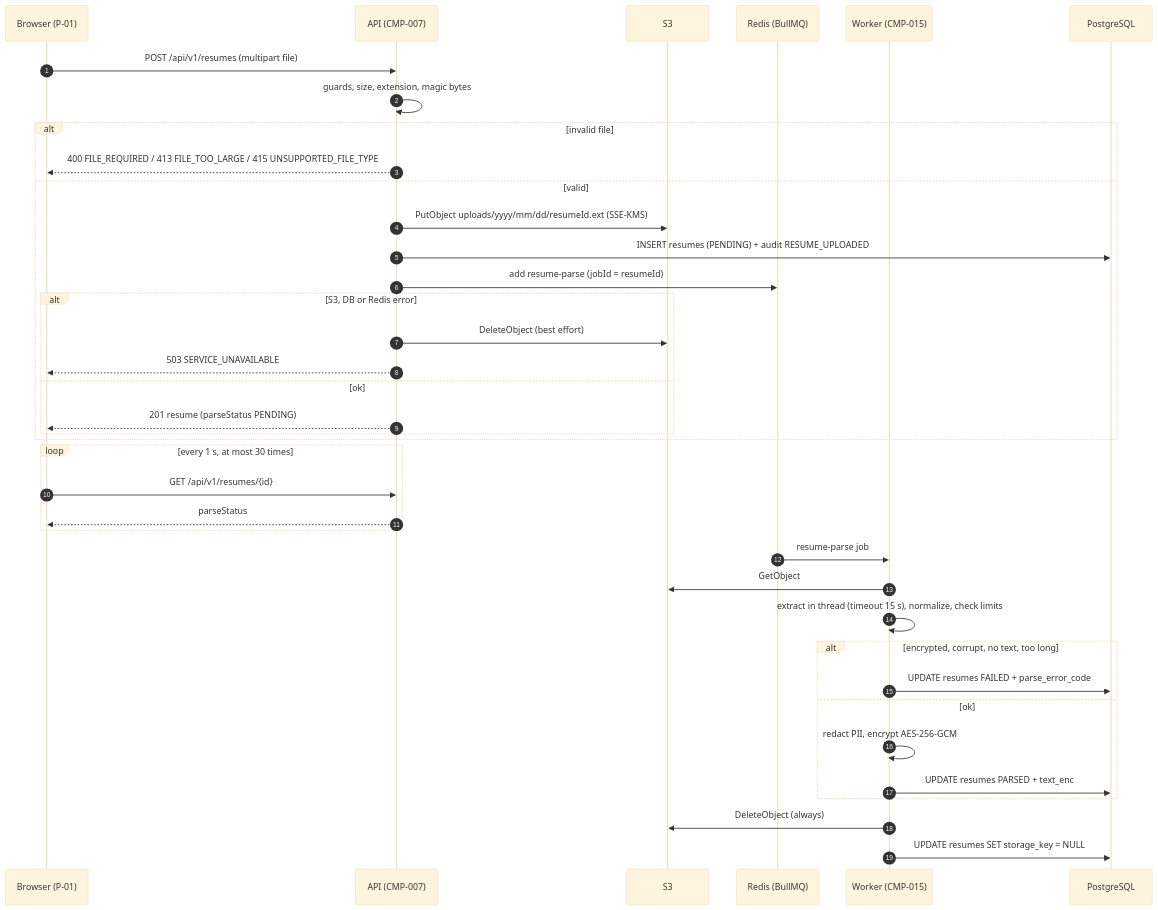
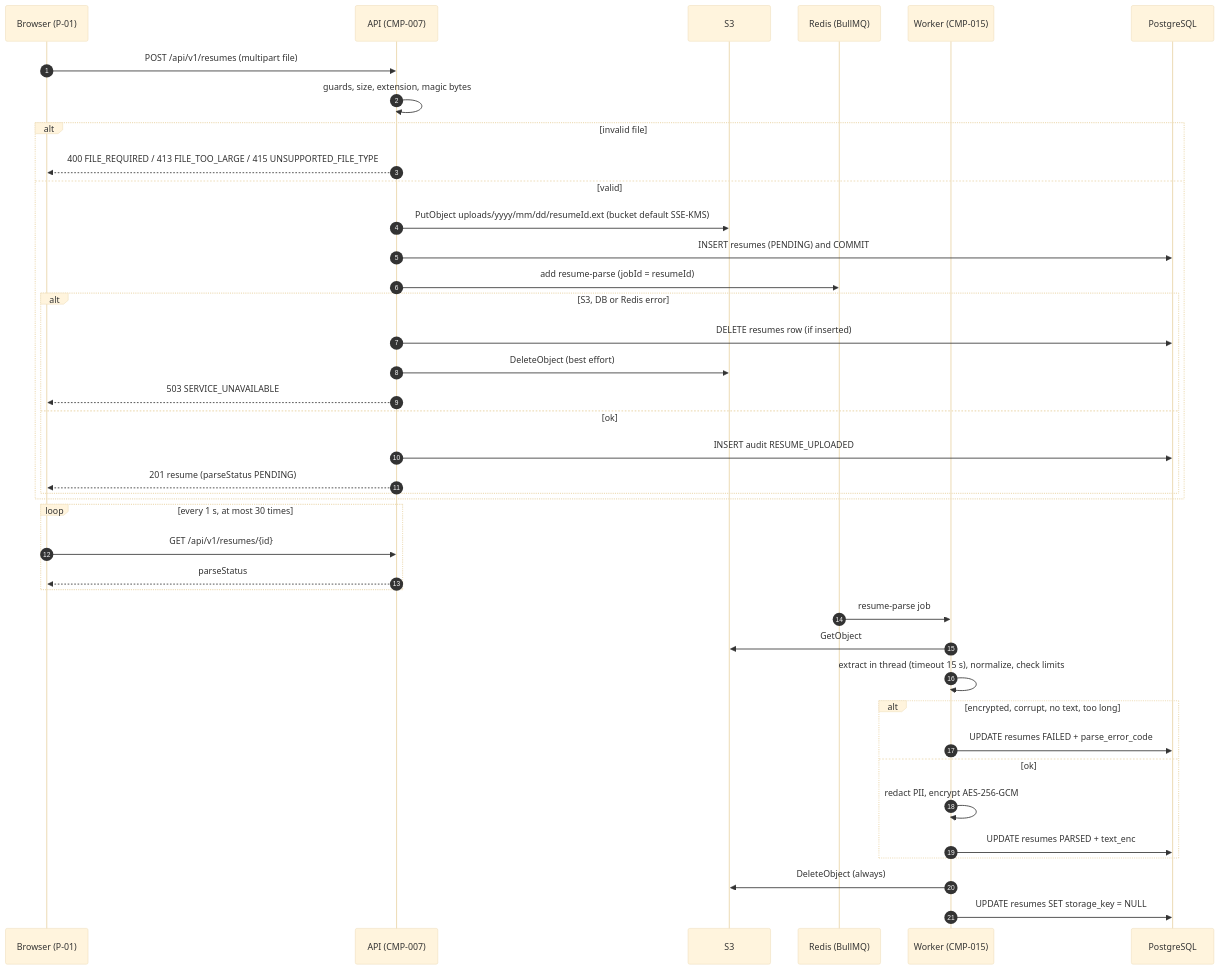
Before and after one commit to divii-school/spec-homework: the third of 10 diagrams in neeraj/spec.md, drawn with Mermaid (base theme). The commit also changed other lines of this file and 1 other file, not shown here.

````diff
--- a/neeraj/spec.md
+++ b/neeraj/spec.md
@@ -692,40 +748,42 @@
 ```mermaid
 sequenceDiagram
   autonumber
   participant B as Browser (P-01)
   participant A as API (CMP-007)
   participant S as S3
   participant Q as Redis (BullMQ)
   participant W as Worker (CMP-015)
   participant D as PostgreSQL
   B->>A: POST /api/v1/resumes (multipart file)
   A->>A: guards, size, extension, magic bytes
   alt invalid file
     A-->>B: 400 FILE_REQUIRED / 413 FILE_TOO_LARGE / 415 UNSUPPORTED_FILE_TYPE
   else valid
-    A->>S: PutObject uploads/yyyy/mm/dd/resumeId.ext (SSE-KMS)
-    A->>D: INSERT resumes (PENDING) + audit RESUME_UPLOADED
+    A->>S: PutObject uploads/yyyy/mm/dd/resumeId.ext (bucket default SSE-KMS)
+    A->>D: INSERT resumes (PENDING) and COMMIT
     A->>Q: add resume-parse (jobId = resumeId)
     alt S3, DB or Redis error
+      A->>D: DELETE resumes row (if inserted)
       A->>S: DeleteObject (best effort)
       A-->>B: 503 SERVICE_UNAVAILABLE
     else ok
+      A->>D: INSERT audit RESUME_UPLOADED
       A-->>B: 201 resume (parseStatus PENDING)
     end
   end
   loop every 1 s, at most 30 times
     B->>A: GET /api/v1/resumes/{id}
     A-->>B: parseStatus
   end
   Q->>W: resume-parse job
   W->>S: GetObject
   W->>W: extract in thread (timeout 15 s), normalize, check limits
   alt encrypted, corrupt, no text, too long
     W->>D: UPDATE resumes FAILED + parse_error_code
   else ok
     W->>W: redact PII, encrypt AES-256-GCM
     W->>D: UPDATE resumes PARSED + text_enc
   end
   W->>S: DeleteObject (always)
   W->>D: UPDATE resumes SET storage_key = NULL
 ```
````
